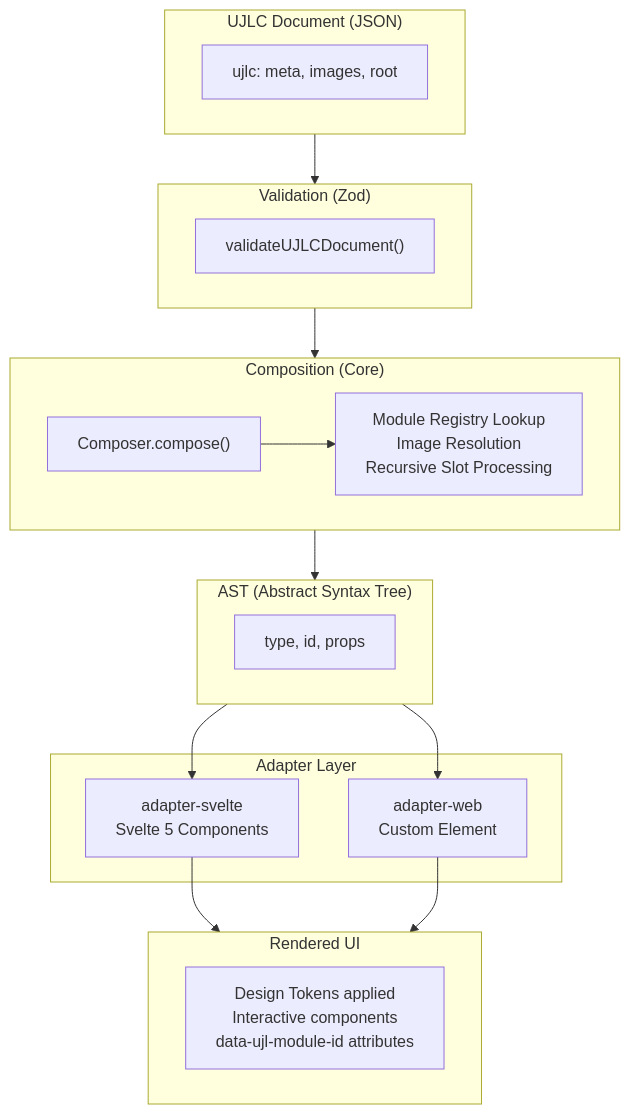
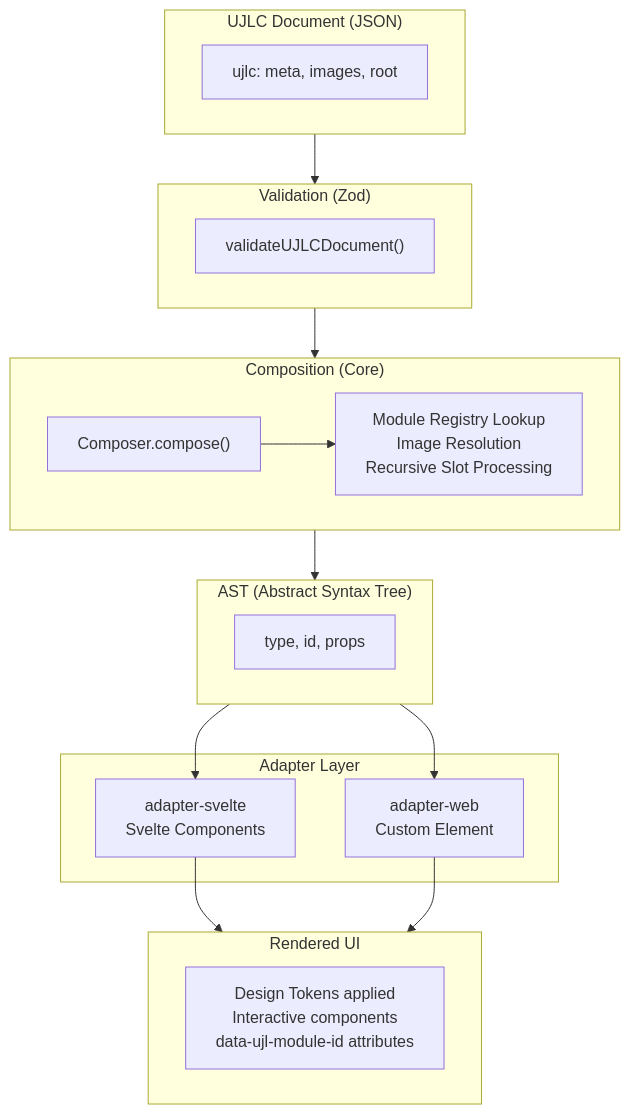
One commit to mainzcript/ujl changed diagram 13 of 13 in apps/docs/src/arc42/06-runtime-view.md. Above: the diagram before and after it, drawn with Mermaid. The commit also changed other lines of this file and 6 other files, not shown here.

````diff
--- a/apps/docs/src/arc42/06-runtime-view.md
+++ b/apps/docs/src/arc42/06-runtime-view.md
@@ -1027,37 +1027,37 @@
 ```mermaid
 flowchart TD
     subgraph Input["UJLC Document (JSON)"]
         Doc["ujlc: meta, images, root"]
     end
 
     subgraph Validation["Validation (Zod)"]
         Val["validateUJLCDocument()"]
     end
 
     subgraph Composition["Composition (Core)"]
         Comp["Composer.compose()"]
         CompDetails["Module Registry Lookup<br/>Image Resolution<br/>Recursive Slot Processing"]
     end
 
     subgraph AST["AST (Abstract Syntax Tree)"]
         ASTNode["type, id, props"]
     end
 
     subgraph Adapters["Adapter Layer"]
-        Svelte["adapter-svelte<br/>Svelte 5 Components"]
+        Svelte["adapter-svelte<br/>Svelte Components"]
         Web["adapter-web<br/>Custom Element"]
     end
 
     subgraph Output["Rendered UI"]
         UI["Design Tokens applied<br/>Interactive components<br/>data-ujl-module-id attributes"]
     end
 
     Input --> Validation
     Validation --> Composition
     Comp --> CompDetails
     Composition --> AST
     AST --> Svelte
     AST --> Web
     Svelte --> Output
     Web --> Output
 ```
````
